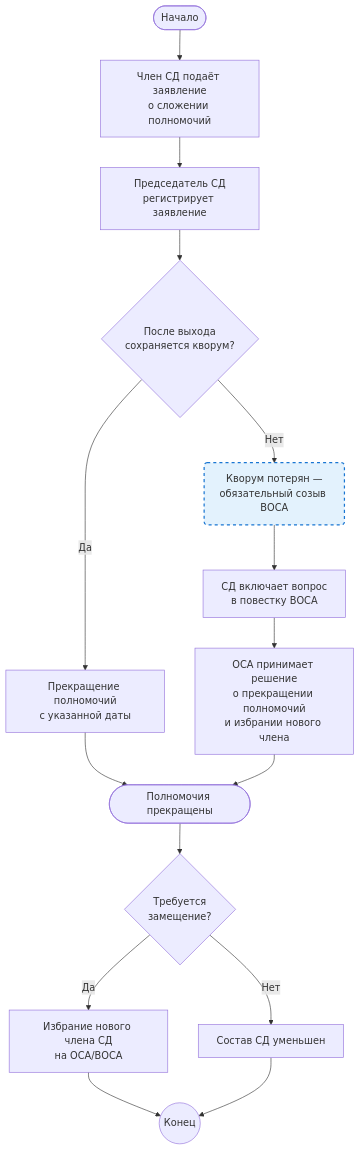
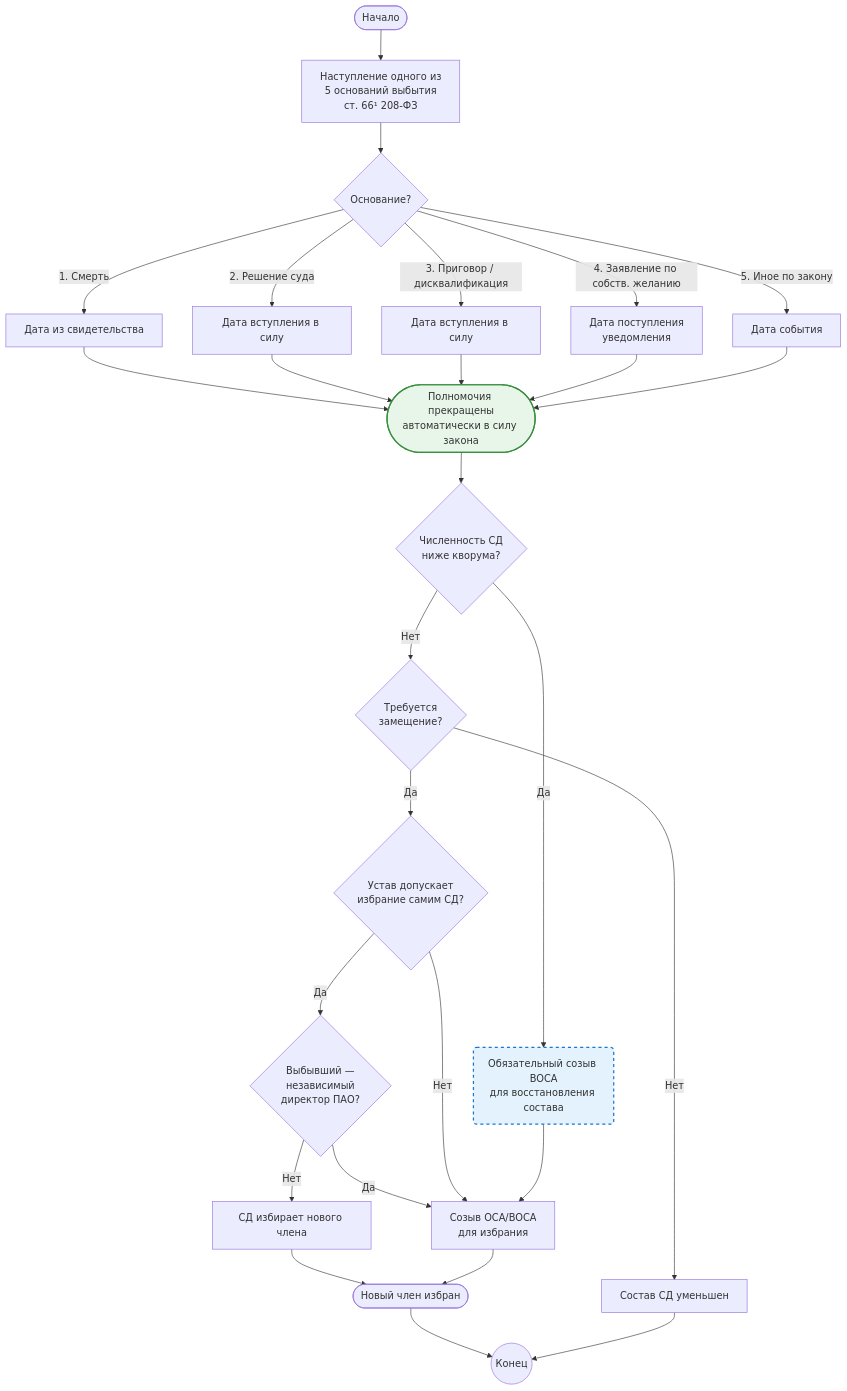
The diagram in docs/business-processes/board-member-resignation.md (arsenyuk/SamorodinkaTech.Fiducia), drawn with Mermaid before and after one commit. The commit also changed other lines of this file, not shown here.

Commit message:
docs: дополнить статью «Сложение полномочий члена СД» нормами 237-ФЗ (ст. 66¹ 208-ФЗ)

````diff
--- a/docs/business-processes/board-member-resignation.md
+++ b/docs/business-processes/board-member-resignation.md
@@ -58,44 +75,63 @@
 ```mermaid
 flowchart TD
-    Start([Начало]) --> A[Член СД подаёт заявление<br>о сложении полномочий]
+    Start([Начало]) --> A[Наступление одного из<br>5 оснований выбытия<br>ст. 66¹ 208-ФЗ]
 
-    A --> B[Председатель СД<br>регистрирует заявление]
+    A --> B{Основание?}
 
-    B --> C{После выхода<br>сохраняется кворум?}
-    C -->|Да| D[Прекращение полномочий<br>с указанной даты]
+    B -->|1. Смерть| C1[Дата из свидетельства]
+    B -->|2. Решение суда| C2[Дата вступления в силу]
+    B -->|3. Приговор / дисквалификация| C3[Дата вступления в силу]
+    B -->|4. Заявление по собств. желанию| C4[Дата поступления уведомления]
+    B -->|5. Иное по закону| C5[Дата события]
 
-    C -->|Нет| E[Кворум потерян —<br>обязательный созыв ВОСА]
+    C1 --> D[Полномочия прекращены<br>автоматически в силу закона]
+    C2 --> D
+    C3 --> D
+    C4 --> D
+    C5 --> D
 
-    E --> F[СД включает вопрос<br>в повестку ВОСА]
+    D --> E{Численность СД<br>ниже кворума?}
+    E -->|Да| F[Обязательный созыв ВОСА<br>для восстановления состава]
+    E -->|Нет| G{Требуется<br>замещение?}
 
-    F --> G[ОСА принимает решение<br>о прекращении полномочий<br>и избрании нового члена]
+    G -->|Да| H{Устав допускает<br>избрание самим СД?}
+    H -->|Да| I{Выбывший —<br>независимый<br>директор ПАО?}
+    I -->|Нет| J[СД избирает нового члена]
+    I -->|Да| K[Созыв ОСА/ВОСА<br>для избрания]
 
-    D --> H[Полномочия прекращены]
+    H -->|Нет| K
 
-    G --> H
+    F --> K
 
-    H --> I{Требуется<br>замещение?}
-    I -->|Да| J[Избрание нового члена СД<br>на ОСА/ВОСА]
-    I -->|Нет| K[Состав СД уменьшен]
+    J --> L[Новый член избран]
+    K --> L
+    G -->|Нет| M[Состав СД уменьшен]
 
-    J --> Stop([Конец])
-    K --> Stop
+    L --> Stop([Конец])
+    M --> Stop
 
     %% Явное задание форм
     Start@{ shape: stadium, label: "Начало" }
-    A@{ shape: rect, label: "Член СД подаёт заявление\nо сложении полномочий" }
-    B@{ shape: rect, label: "Председатель СД\nрегистрирует заявление" }
-    C@{ shape: diamond, label: "После выхода\nсохраняется кворум?" }
-    D@{ shape: rect, label: "Прекращение полномочий\nс указанной даты" }
-    E@{ shape: rounded, label: "Кворум потерян —\nобязательный созыв ВОСА" }
-    F@{ shape: rect, label: "СД включает вопрос\nв повестку ВОСА" }
-    G@{ shape: rect, label: "ОСА принимает решение\nо прекращении полномочий\nи избрании нового члена" }
-    H@{ shape: stadium, label: "Полномочия прекращены" }
-    I@{ shape: diamond, label: "Требуется\nзамещение?" }
-    J@{ shape: rect, label: "Избрание нового члена СД\nна ОСА/ВОСА" }
-    K@{ shape: rect, label: "Состав СД уменьшен" }
+    A@{ shape: rect, label: "Наступление одного из\n5 оснований выбытия\nст. 66¹ 208-ФЗ" }
+    B@{ shape: diamond, label: "Основание?" }
+    C1@{ shape: rect, label: "Дата из свидетельства" }
+    C2@{ shape: rect, label: "Дата вступления в силу" }
+    C3@{ shape: rect, label: "Дата вступления в силу" }
+    C4@{ shape: rect, label: "Дата поступления\nуведомления" }
+    C5@{ shape: rect, label: "Дата события" }
+    D@{ shape: stadium, label: "Полномочия прекращены\nавтоматически в силу закона" }
+    E@{ shape: diamond, label: "Численность СД\nниже кворума?" }
+    F@{ shape: rounded, label: "Обязательный созыв ВОСА\nдля восстановления состава" }
+    G@{ shape: diamond, label: "Требуется\nзамещение?" }
+    H@{ shape: diamond, label: "Устав допускает\nизбрание самим СД?" }
+    I@{ shape: diamond, label: "Выбывший —\nнезависимый\nдиректор ПАО?" }
+    J@{ shape: rect, label: "СД избирает нового члена" }
+    K@{ shape: rect, label: "Созыв ОСА/ВОСА\nдля избрания" }
+    L@{ shape: stadium, label: "Новый член избран" }
+    M@{ shape: rect, label: "Состав СД уменьшен" }
     Stop@{ shape: circle, label: "Конец" }
 
     %% Стилизация
-  style E fill:#e3f2fd,stroke:#1976d2,stroke-width:2px,stroke-dasharray: 5 5
+  style F fill:#e3f2fd,stroke:#1976d2,stroke-width:2px,stroke-dasharray: 5 5
+  style D fill:#e8f5e9,stroke:#388e3c,stroke-width:2px
 ```
````
